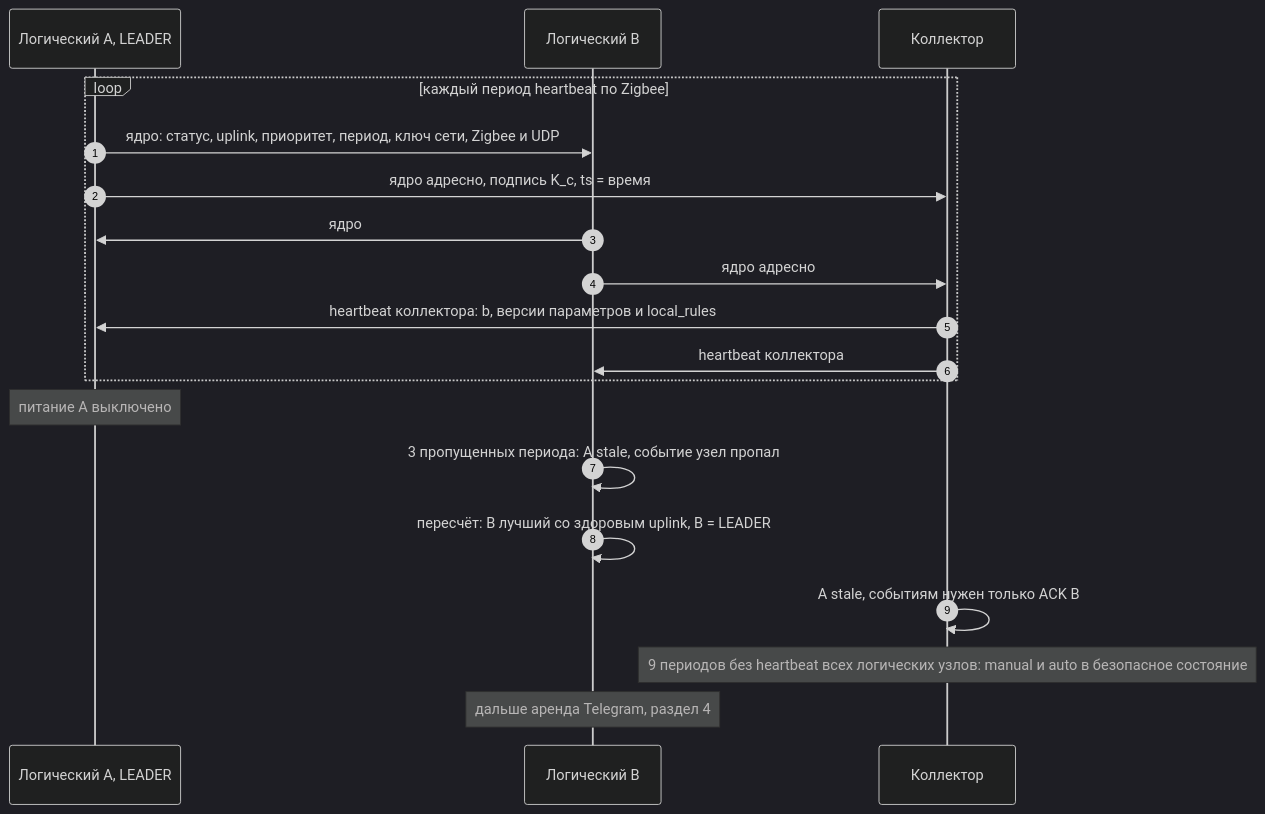
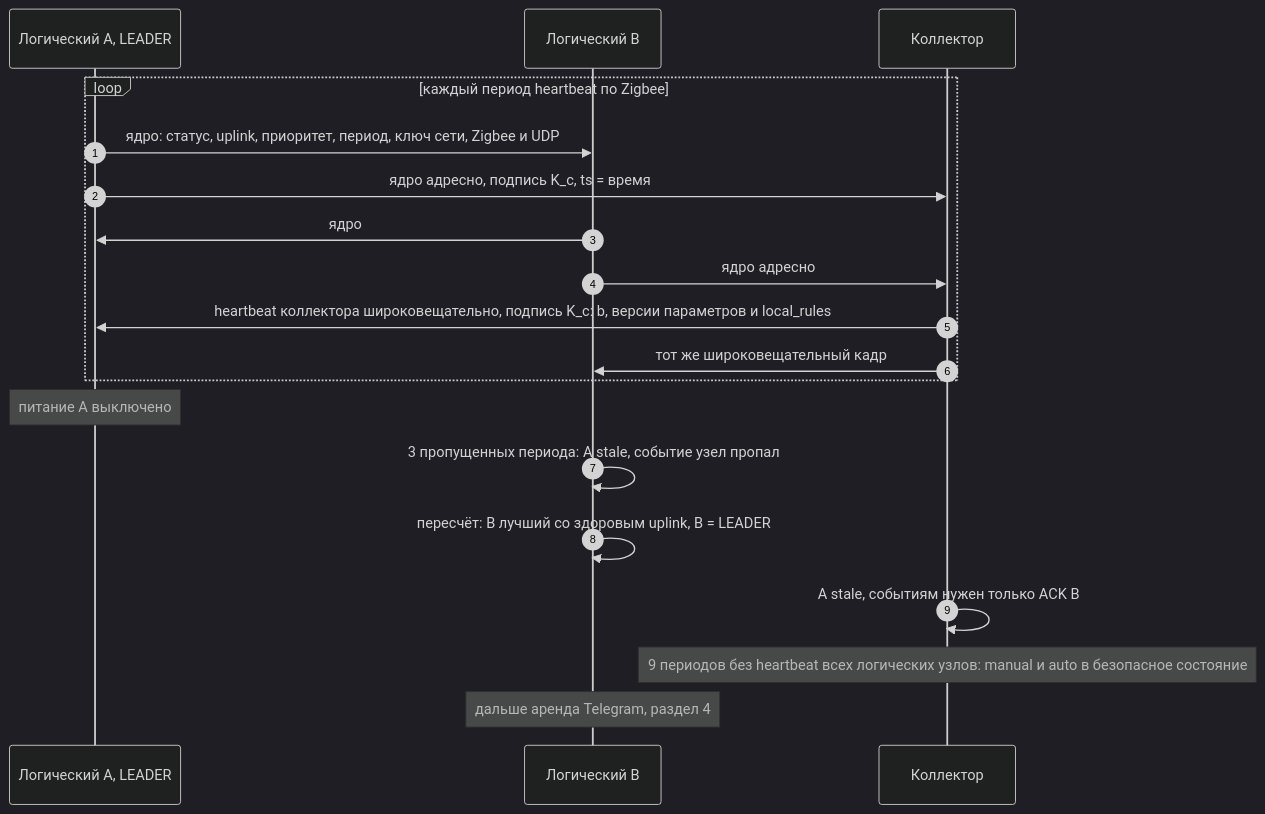
The eighth of 15 diagrams in _bmad-output/planning-artifacts/protocols-reference/garageAlarms2-протоколы-обмена.md (wol-micro/garageAlarms2.0), drawn with Mermaid (dark theme) before and after one commit. The commit also changed other lines of this file and 6 other files, not shown here.

````diff
--- a/_bmad-output/planning-artifacts/protocols-reference/garageAlarms2-протоколы-обмена.md
+++ b/_bmad-output/planning-artifacts/protocols-reference/garageAlarms2-протоколы-обмена.md
@@ -765,21 +768,21 @@
 ```mermaid
 sequenceDiagram
   autonumber
   participant A as Логический A, LEADER
   participant B as Логический B
   participant C as Коллектор
   loop каждый период heartbeat по Zigbee
     A->>B: ядро: статус, uplink, приоритет, период, ключ сети, Zigbee и UDP
     A->>C: ядро адресно, подпись K_c, ts = время
     B->>A: ядро
     B->>C: ядро адресно
-    C->>A: heartbeat коллектора: b, версии параметров и local_rules
-    C->>B: heartbeat коллектора
+    C->>A: heartbeat коллектора широковещательно, подпись K_c: b, версии параметров и local_rules
+    C->>B: тот же широковещательный кадр
   end
   Note over A: питание A выключено
   B->>B: 3 пропущенных периода: A stale, событие узел пропал
   B->>B: пересчёт: B лучший со здоровым uplink, B = LEADER
   C->>C: A stale, событиям нужен только ACK B
   Note over C: 9 периодов без heartbeat всех логических узлов: manual и auto в безопасное состояние
   Note over B: дальше аренда Telegram, раздел 4
 ```
````
